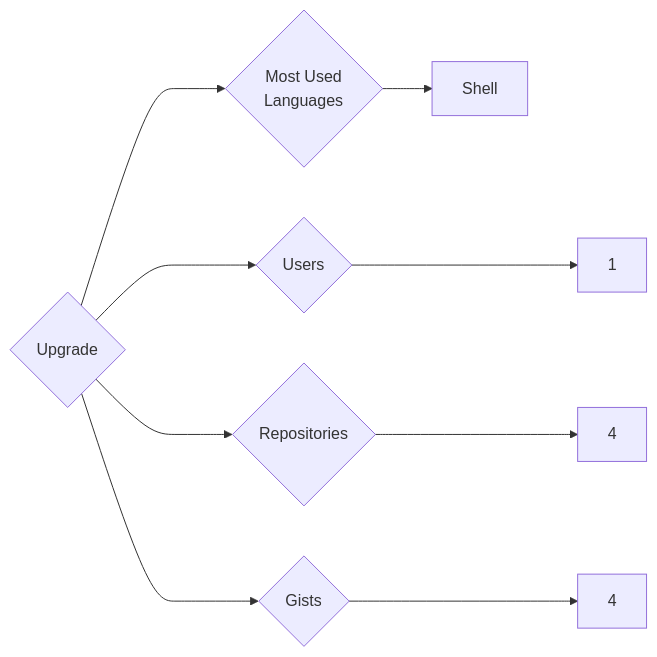
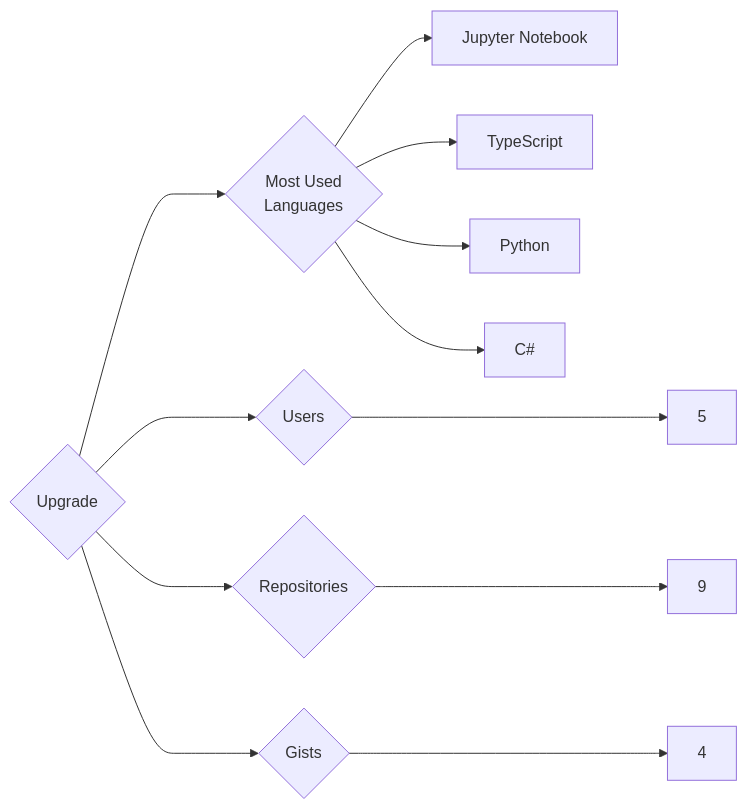
The diagram in targets/Upgrade/README.md (trickest/insiders), drawn with Mermaid before and after one commit. The commit also changed 597 other files, not shown here.

````diff
--- a/targets/Upgrade/README.md
+++ b/targets/Upgrade/README.md
@@ -3,9 +3,12 @@
 ```mermaid
 graph LR
 COMPANY_NAME{Upgrade}
-COMPANY_NAME ---> U{Users} ---> UN[1]
-COMPANY_NAME ---> R{Repositories} ---> RN[4]
+COMPANY_NAME ---> U{Users} ---> UN[5]
+COMPANY_NAME ---> R{Repositories} ---> RN[9]
 COMPANY_NAME ---> G{Gists} ---> GN[4]
 COMPANY_NAME ---> ML{Most Used<br>Languages}
-ML --> Shell[Shell]
+ML --> Jupyter_Notebook[Jupyter Notebook]
+ML --> TypeScript[TypeScript]
+ML --> Python[Python]
+ML --> C#[C#]
 ```
````
